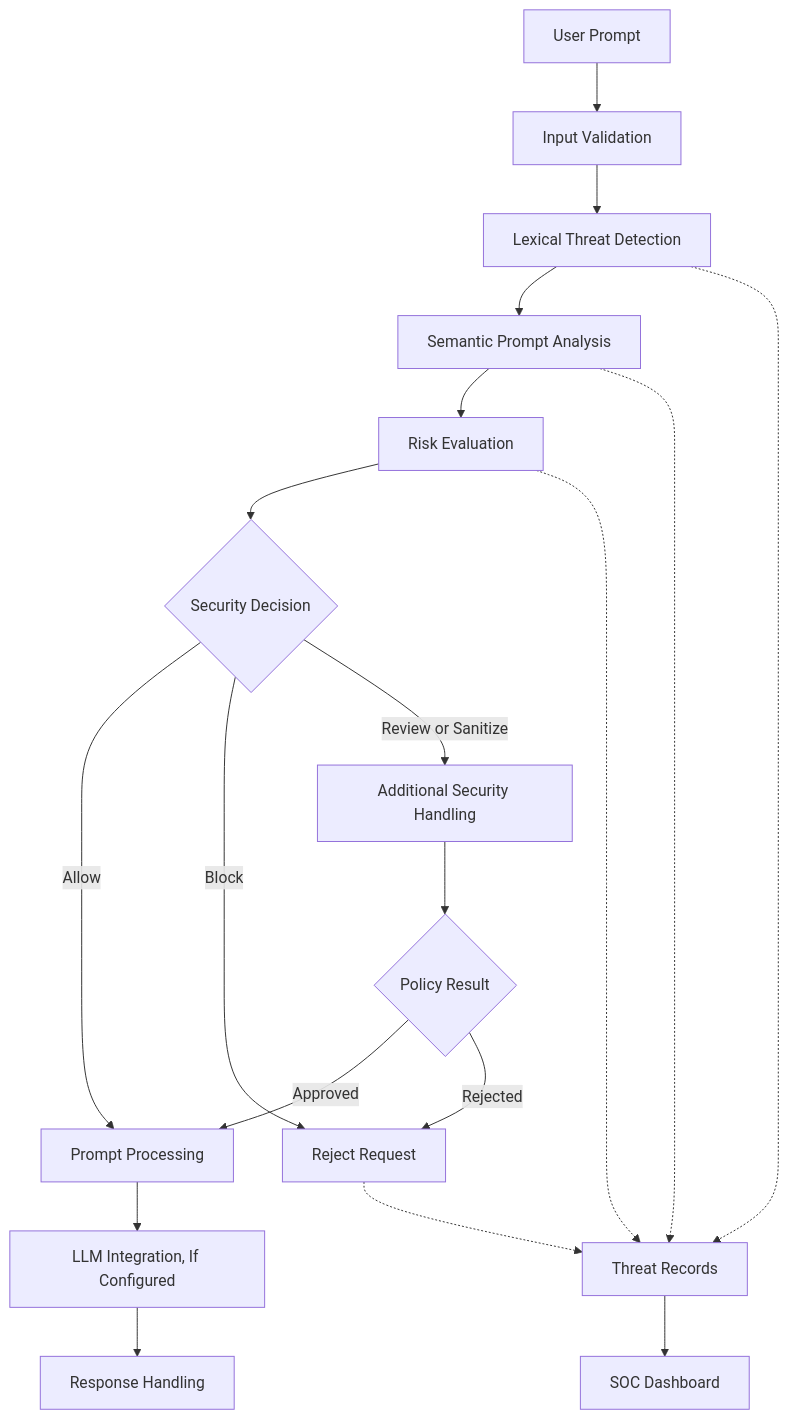
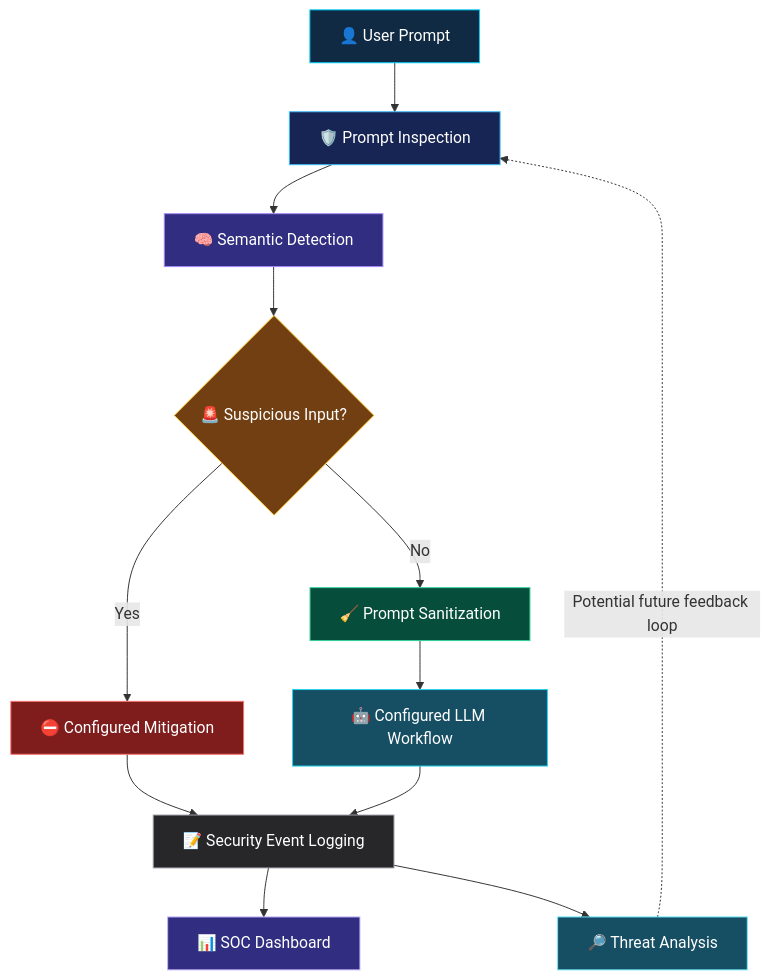
One commit to mohamedrizwan4518/An-adaptive-self-healing-semantic-ai-firewall-framework-v1-phase-1- changed the diagram in README.md. Above: the diagram before and after it, drawn with Mermaid. The commit also changed other lines of this file, not shown here.

````diff
--- a/README.md
+++ b/README.md
@@ -147,34 +162,31 @@
 ```mermaid
 flowchart TD
-    A["User Prompt"] --> B["Input Validation"]
+    A["👤 User Prompt"] --> B["🛡️ Prompt Inspection"]
 
-    B --> C["Lexical Threat Detection"]
+    B --> C["🧠 Semantic Detection"]
+    C --> D{"🚨 Suspicious Input?"}
 
-    C --> D["Semantic Prompt Analysis"]
+    D -->|Yes| E["⛔ Configured Mitigation"]
+    D -->|No| F["🧹 Prompt Sanitization"]
 
-    D --> E["Risk Evaluation"]
+    F --> G["🤖 Configured LLM Workflow"]
 
-    E --> F{"Security Decision"}
+    E --> H["📝 Security Event Logging"]
+    G --> H
 
-    F -->|Allow| G["Prompt Processing"]
+    H --> I["📊 SOC Dashboard"]
+    H --> J["🔎 Threat Analysis"]
 
-    F -->|Block| H["Reject Request"]
+    J -. "Potential future feedback loop" .-> B
 
-    F -->|Review or Sanitize| I["Additional Security Handling"]
-
-    I --> J{"Policy Result"}
-
-    J -->|Approved| G
-    J -->|Rejected| H
-
-    G --> K["LLM Integration, If Configured"]
-
-    K --> L["Response Handling"]
-
-    C -.-> M["Threat Records"]
-    D -.-> M
-    E -.-> M
-    H -.-> M
-
-    M --> N["SOC Dashboard"]
+    style A fill:#102A43,stroke:#00D4FF,color:#FFFFFF
+    style B fill:#172554,stroke:#38BDF8,color:#FFFFFF
+    style C fill:#312E81,stroke:#A78BFA,color:#FFFFFF
+    style D fill:#713F12,stroke:#FBBF24,color:#FFFFFF
+    style E fill:#7F1D1D,stroke:#F87171,color:#FFFFFF
+    style F fill:#064E3B,stroke:#34D399,color:#FFFFFF
+    style G fill:#164E63,stroke:#22D3EE,color:#FFFFFF
+    style H fill:#27272A,stroke:#A1A1AA,color:#FFFFFF
+    style I fill:#312E81,stroke:#C4B5FD,color:#FFFFFF
+    style J fill:#164E63,stroke:#67E8F9,color:#FFFFFF
 ```
````
